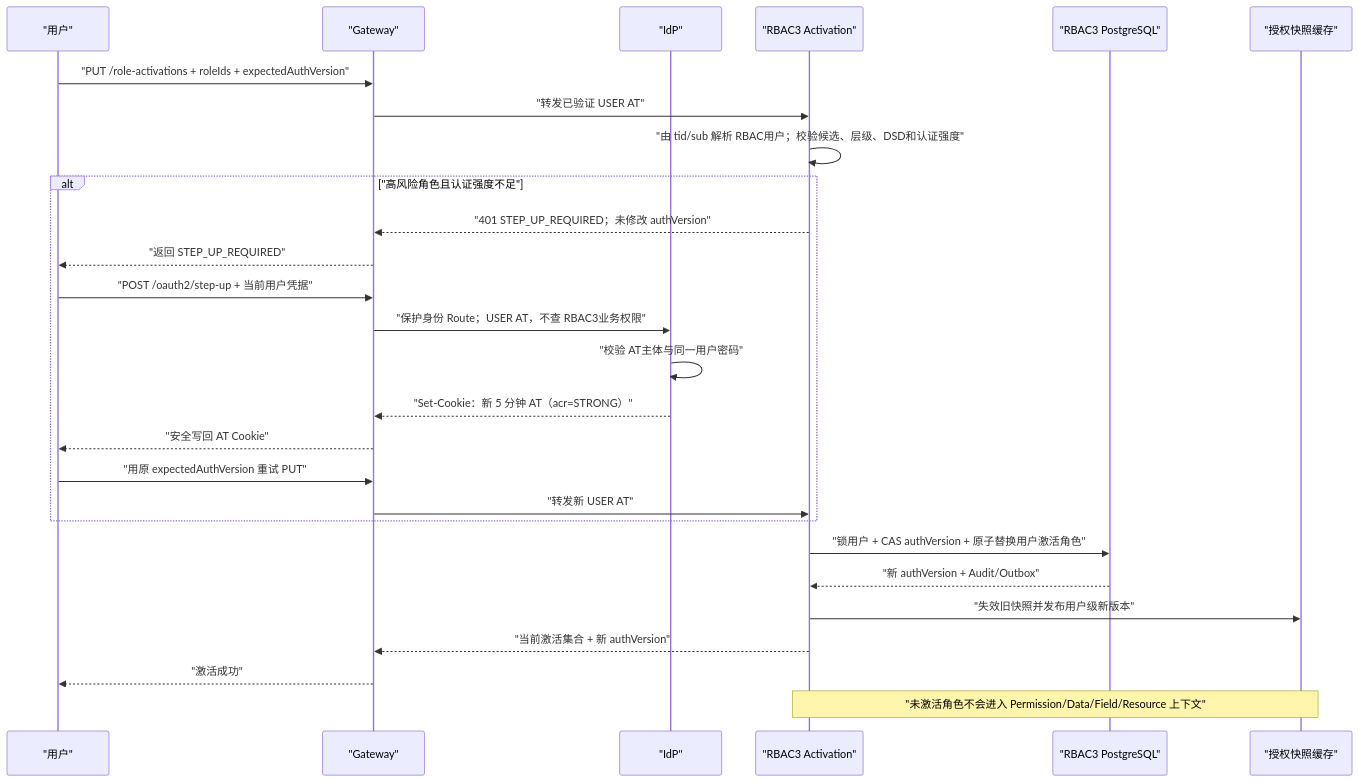
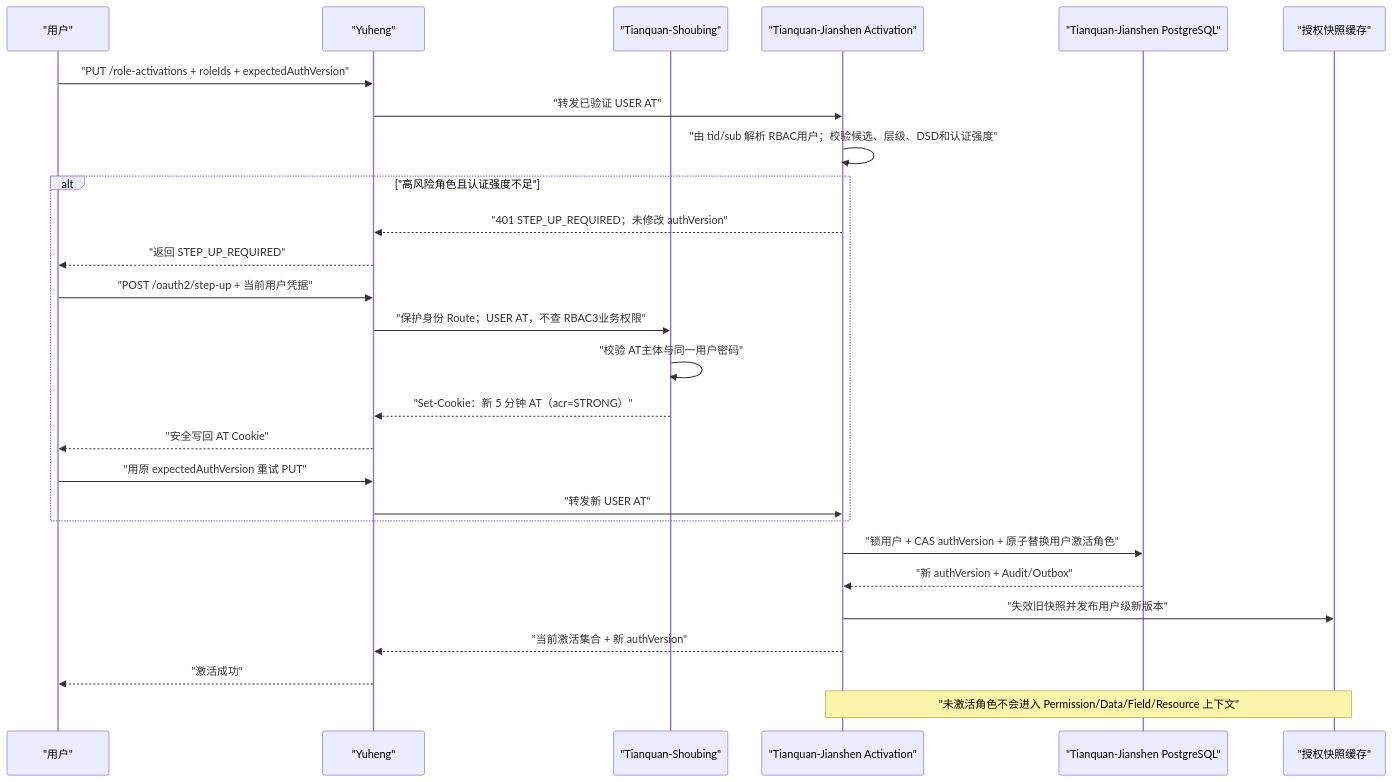
Before and after one commit to AllenDEricDAlexander/Egon-COLA: the fifth of 6 diagrams in docs/superpowers/specs/2026-08-13-unified-identity-stateless-jwt-session-removal-design.md, drawn with Mermaid. The commit also changed other lines of this file and 233 other files, not shown here.

````diff
--- a/docs/superpowers/specs/2026-08-13-unified-identity-stateless-jwt-session-removal-design.md
+++ b/docs/superpowers/specs/2026-08-13-unified-identity-stateless-jwt-session-removal-design.md
@@ -1099,31 +1099,31 @@
 ```mermaid
 sequenceDiagram
     participant U as "用户"
-    participant G as "Gateway"
-    participant I as "IdP"
-    participant R as "RBAC3 Activation"
-    participant D as "RBAC3 PostgreSQL"
+    participant G as "Yuheng"
+    participant I as "Tianquan-Shoubing"
+    participant R as "Tianquan-Jianshen Activation"
+    participant D as "Tianquan-Jianshen PostgreSQL"
     participant C as "授权快照缓存"
 
     U->>G: "PUT /role-activations + roleIds + expectedAuthVersion"
     G->>R: "转发已验证 USER AT"
     R->>R: "由 tid/sub 解析 RBAC用户；校验候选、层级、DSD和认证强度"
     alt "高风险角色且认证强度不足"
         R-->>G: "401 STEP_UP_REQUIRED；未修改 authVersion"
         G-->>U: "返回 STEP_UP_REQUIRED"
         U->>G: "POST /oauth2/step-up + 当前用户凭据"
         G->>I: "保护身份 Route；USER AT，不查 RBAC3业务权限"
         I->>I: "校验 AT主体与同一用户密码"
         I-->>G: "Set-Cookie：新 5 分钟 AT（acr=STRONG）"
         G-->>U: "安全写回 AT Cookie"
         U->>G: "用原 expectedAuthVersion 重试 PUT"
         G->>R: "转发新 USER AT"
     end
     R->>D: "锁用户 + CAS authVersion + 原子替换用户激活角色"
     D-->>R: "新 authVersion + Audit/Outbox"
     R->>C: "失效旧快照并发布用户级新版本"
     R-->>G: "当前激活集合 + 新 authVersion"
     G-->>U: "激活成功"
 
     Note over R,C: "未激活角色不会进入 Permission/Data/Field/Resource 上下文"
 ```
````
